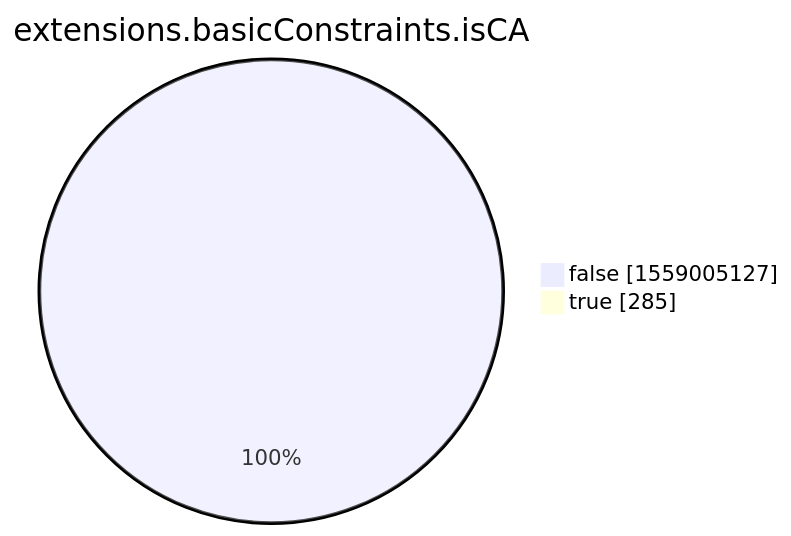
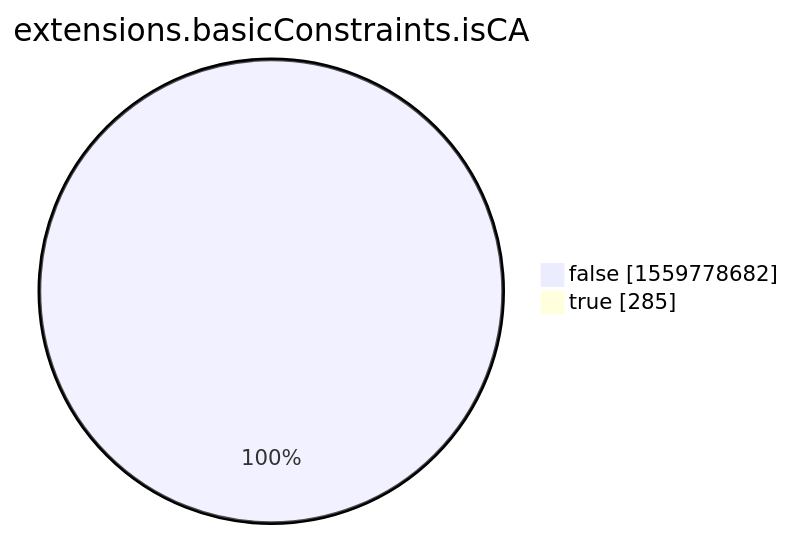
Before and after one commit to christiankrug/ctmonitor_visualization: the eighth of 15 diagrams in xenon2022/README.md, drawn with Mermaid. The commit also changed other lines of this file, not shown here.

````diff
--- a/xenon2022/README.md
+++ b/xenon2022/README.md
@@ -2860,6 +2860,6 @@
 ```mermaid
 pie showData
 title extensions.basicConstraints.isCA
-"false" :1559005127
+"false" :1559778682
 "true" :285
 ```
````
